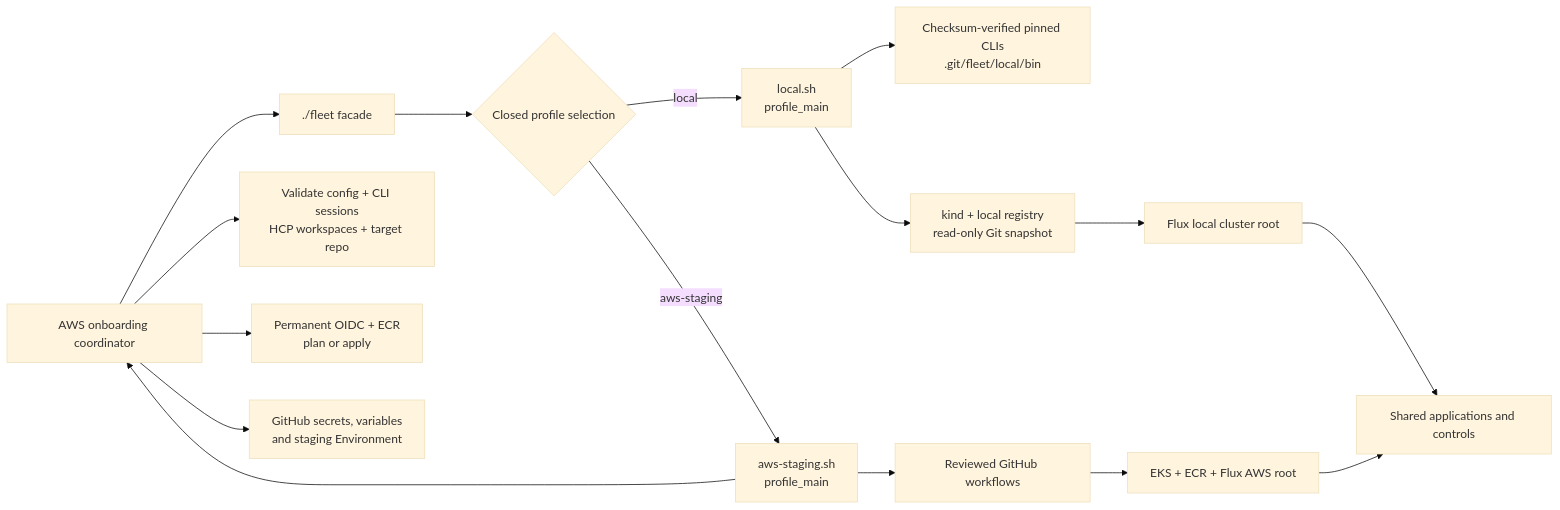
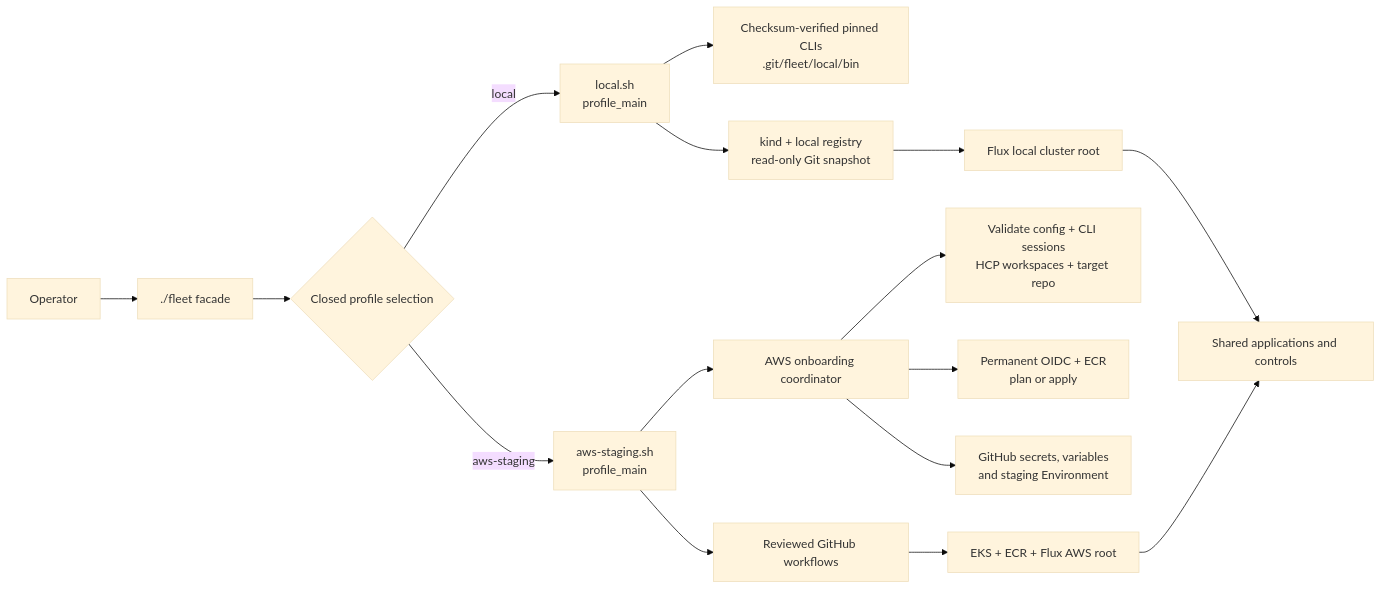
The diagram in docs/DEPLOYMENT-PROFILES-DDR.md (ImranAdan/infra-fleet-public), drawn with Mermaid (base theme) before and after one commit. The commit also changed 3 other files, not shown here.

First line of the commit message:
fix(fleet): enforce the OIDC ref boundary during AWS setup

````diff
--- a/docs/DEPLOYMENT-PROFILES-DDR.md
+++ b/docs/DEPLOYMENT-PROFILES-DDR.md
@@ -53,21 +53,21 @@
 ```mermaid
 flowchart LR
     O[Operator] --> F[./fleet facade]
     F --> S{Closed profile selection}
     S -->|local| L[local.sh<br/>profile_main]
     S -->|aws-staging| A[aws-staging.sh<br/>profile_main]
 
     L --> T[Checksum-verified pinned CLIs<br/>.git/fleet/local/bin]
     L --> K[kind + local registry<br/>read-only Git snapshot]
     K --> LF[Flux local cluster root]
 
-    A --> O[AWS onboarding coordinator]
-    O --> V[Validate config + CLI sessions<br/>HCP workspaces + target repo]
-    O --> P[Permanent OIDC + ECR<br/>plan or apply]
-    O --> G[GitHub secrets, variables<br/>and staging Environment]
+    A --> OB[AWS onboarding coordinator]
+    OB --> V[Validate config + CLI sessions<br/>HCP workspaces + target repo]
+    OB --> P[Permanent OIDC + ECR<br/>plan or apply]
+    OB --> G[GitHub secrets, variables<br/>and staging Environment]
     A --> W[Reviewed GitHub workflows]
     W --> E[EKS + ECR + Flux AWS root]
 
     LF --> C[Shared applications and controls]
     E --> C
 ```
````
